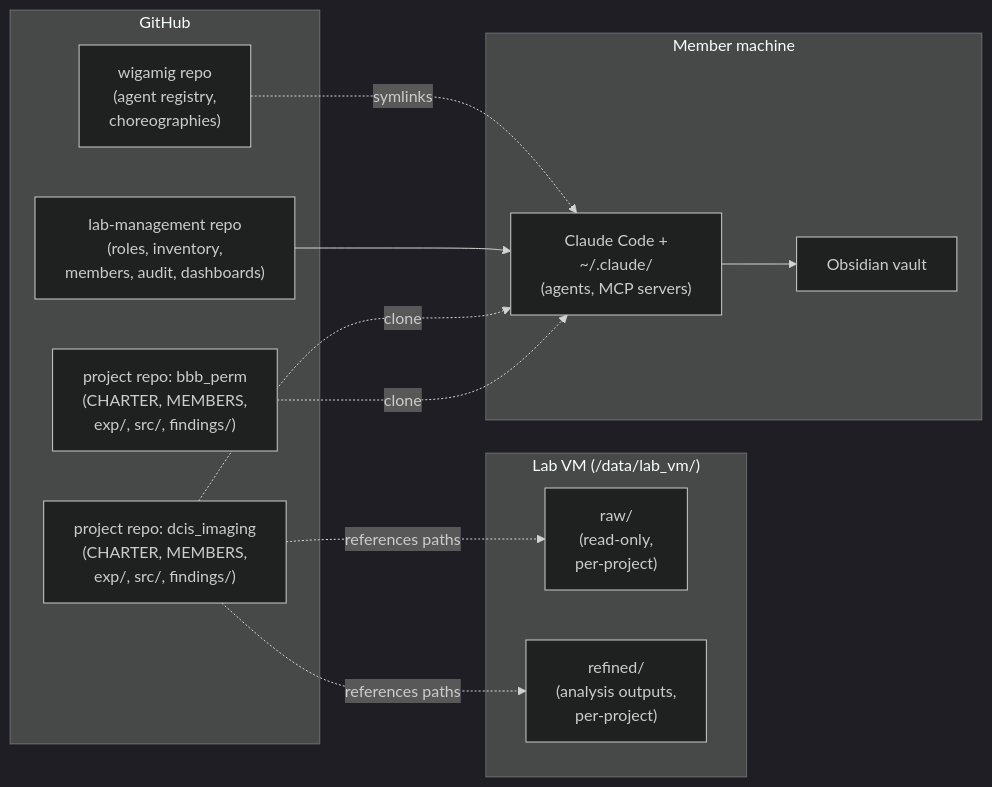
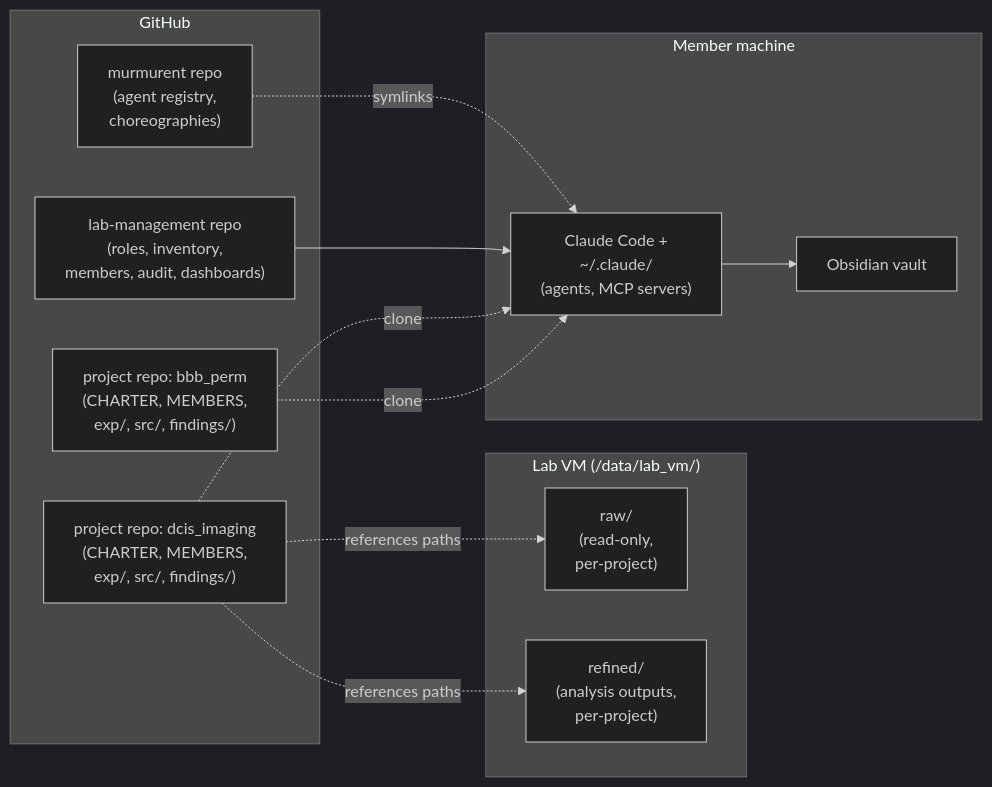
Before and after one commit to hallettmiket/murmurent: the second of 7 diagrams in docs/diagrams.md, drawn with Mermaid (dark theme). The commit also changed other lines of this file and 38 other files, not shown here.

````diff
--- a/docs/diagrams.md
+++ b/docs/diagrams.md
@@ -49,24 +49,24 @@
 ```mermaid
 graph LR
     subgraph GH["GitHub"]
-        WR["wigamig repo<br/>(agent registry,<br/>choreographies)"]
+        WR["murmurent repo<br/>(agent registry,<br/>choreographies)"]
         LMR["lab-management repo<br/>(roles, inventory,<br/>members, audit, dashboards)"]
         PR1["project repo: dcis_imaging<br/>(CHARTER, MEMBERS,<br/>exp/, src/, findings/)"]
         PR2["project repo: bbb_perm<br/>(CHARTER, MEMBERS,<br/>exp/, src/, findings/)"]
     end
     subgraph LV["Lab VM (/data/lab_vm/)"]
         RAW["raw/<br/>(read-only,<br/>per-project)"]
         REF["refined/<br/>(analysis outputs,<br/>per-project)"]
     end
     subgraph LOCAL["Member machine"]
         CC["Claude Code +<br/>~/.claude/<br/>(agents, MCP servers)"]
         VAULT["Obsidian vault"]
     end
     WR -.symlinks.-> CC
     LMR --> CC
     PR1 -.clone.-> CC
     PR2 -.clone.-> CC
     PR1 -.references paths.-> RAW
     PR1 -.references paths.-> REF
     CC --> VAULT
 ```
````
